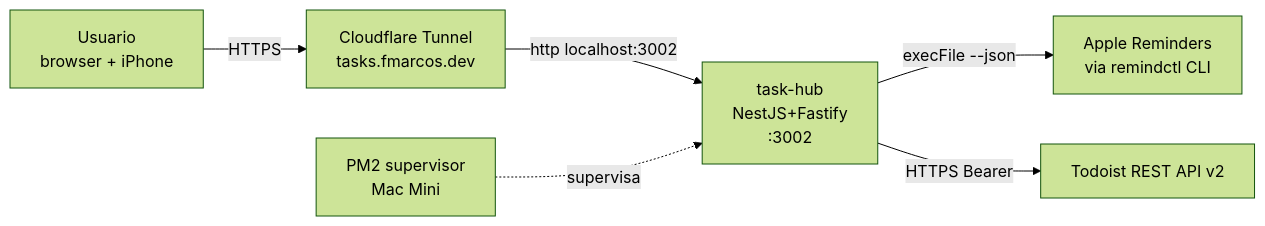
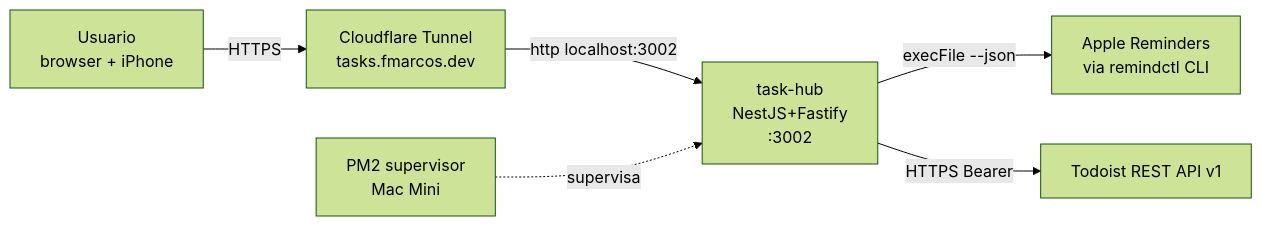
One commit to fmarcos-labs/task-hub changed the first of 2 diagrams in docs/diagrams/DIAGRAMAS_COMPONENTES.md. Above: the diagram before and after it, drawn with Mermaid (forest theme). The commit also changed other lines of this file and 9 other files, not shown here.

````diff
--- a/docs/diagrams/DIAGRAMAS_COMPONENTES.md
+++ b/docs/diagrams/DIAGRAMAS_COMPONENTES.md
@@ -7,15 +7,15 @@
 ```mermaid
 flowchart LR
     User[Usuario<br/>browser + iPhone]
     CF[Cloudflare Tunnel<br/>tasks.fmarcos.dev]
     PM2[PM2 supervisor<br/>Mac Mini]
     API[task-hub<br/>NestJS+Fastify<br/>:3002]
     Reminders[Apple Reminders<br/>via remindctl CLI]
-    Todoist[Todoist REST API v2]
+    Todoist[Todoist REST API v1]
 
     User -->|HTTPS| CF
     CF -->|http localhost:3002| API
     PM2 -.supervisa.-> API
     API -->|execFile --json| Reminders
     API -->|HTTPS Bearer| Todoist
 ```
````
